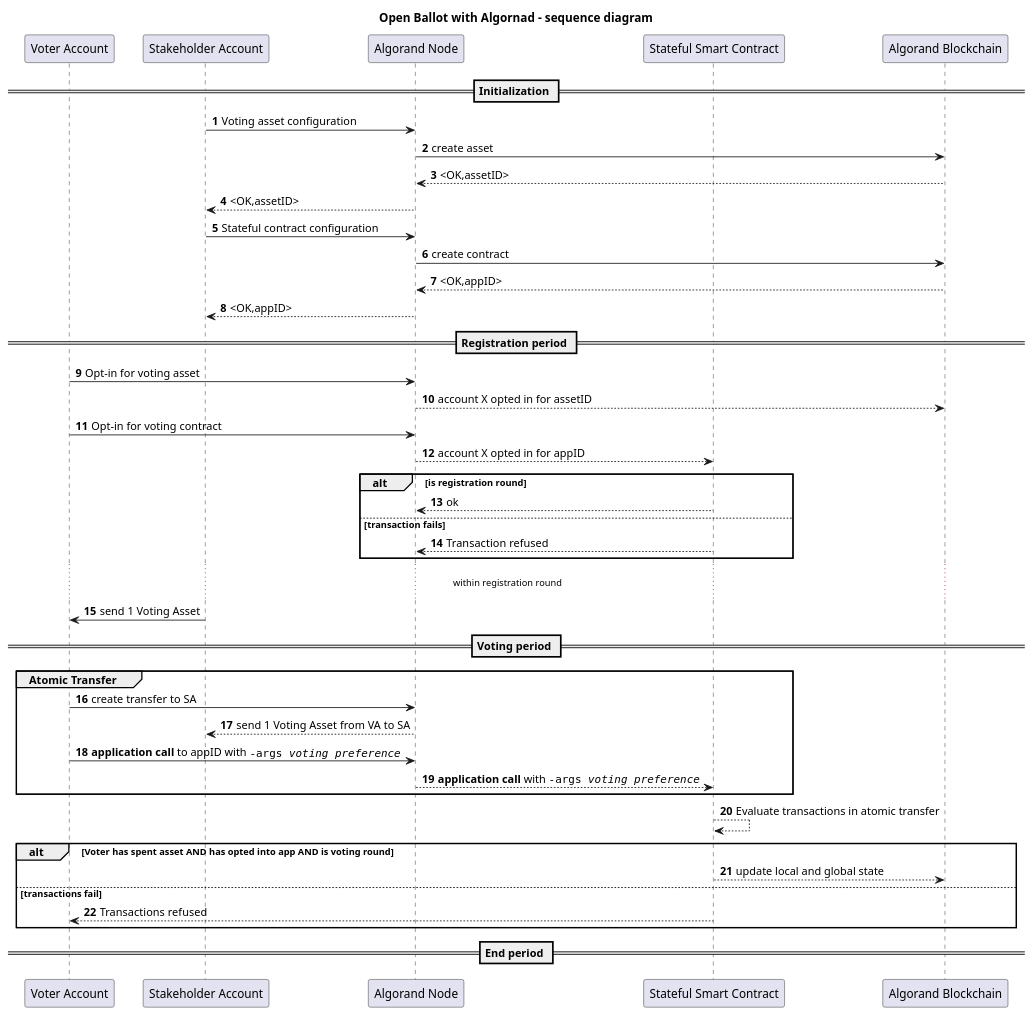
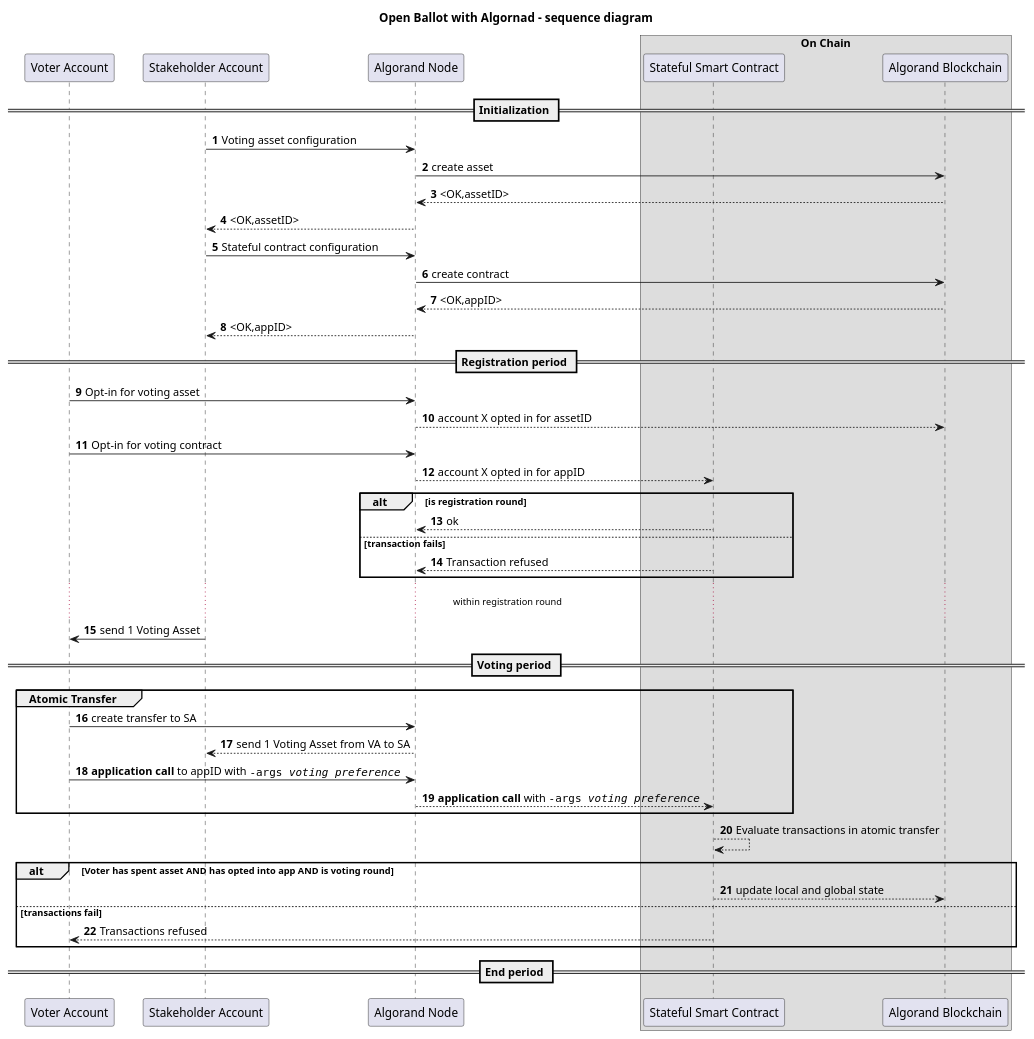
One commit to dariocast/evoting-algorand changed the diagram in docs/src/sequence_algorand_open_ballot.puml. Above: the diagram before and after it, drawn with PlantUML. The commit also changed 1 other file, not shown here.

Commit message:
docs: add general sequence puml

```diff
--- a/docs/src/sequence_algorand_open_ballot.puml
+++ b/docs/src/sequence_algorand_open_ballot.puml
@@ -1,49 +1,50 @@
 @startuml Algorand Open Ballot
 title Open Ballot with Algornad - sequence diagram
 autonumber
 
 participant "Voter Account" as VA
 participant "Stakeholder Account" as SA
 participant "Algorand Node" as N
-participant "Stateful Smart Contract"  as  ASC
-participant "Algorand Blockchain" as B
-
+box On Chain
+    participant "Stateful Smart Contract"  as  ASC
+    participant "Algorand Blockchain" as B
+end box
 
 == Initialization ==
 SA -> N : Voting asset configuration
 N -> B : create asset
 B --> N : <OK,assetID>
 N --> SA : <OK,assetID>
 SA -> N : Stateful contract configuration
 N -> B : create contract
 B --> N :<OK,appID>
 N --> SA :<OK,appID>
 
 == Registration period ==
 VA -> N : Opt-in for voting asset
 N --> B : account X opted in for assetID
 VA -> N : Opt-in for voting contract
 N --> ASC : account X opted in for appID
 alt is registration round
     ASC --> N : ok
 else transaction fails
     ASC --> N : Transaction refused
 end
 ...within registration round...
 SA -> VA : send 1 Voting Asset
 == Voting period ==
 group Atomic Transfer
 VA -> N : create transfer to SA
 N --> SA : send 1 Voting Asset from VA to SA
 VA -> N : **application call** to appID with ""-args //voting preference//""
 N --> ASC : **application call** with ""-args //voting preference//""
 end
 ASC --> ASC : Evaluate transactions in atomic transfer
 alt Voter has spent asset AND has opted into app AND is voting round
     ASC --> B : update local and global state
 else transactions fail
     ASC --> VA : Transactions refused
 end
 == End period ==
 
 @enduml
```
